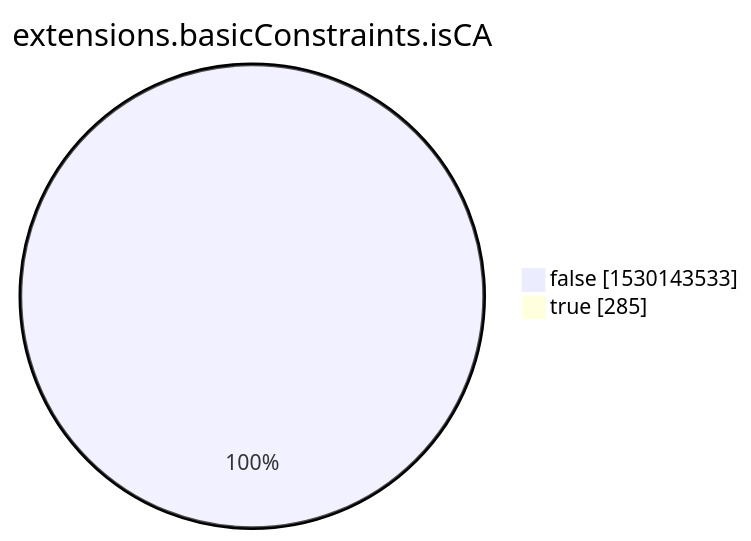
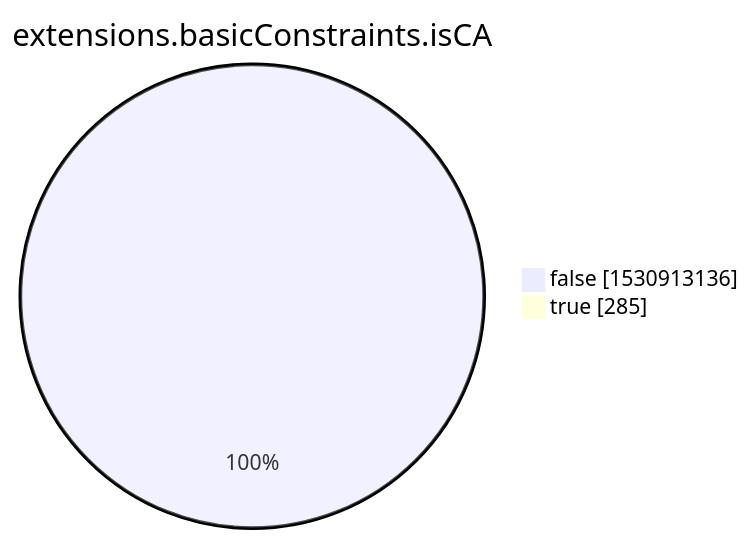
The eighth of 15 diagrams in xenon2022/README.md (christiankrug/ctmonitor_visualization), drawn with Mermaid before and after one commit. The commit also changed other lines of this file, not shown here.

````diff
--- a/xenon2022/README.md
+++ b/xenon2022/README.md
@@ -2857,6 +2857,6 @@
 ```mermaid
 pie showData
 title extensions.basicConstraints.isCA
-"false" :1530143533
+"false" :1530913136
 "true" :285
 ```
````
